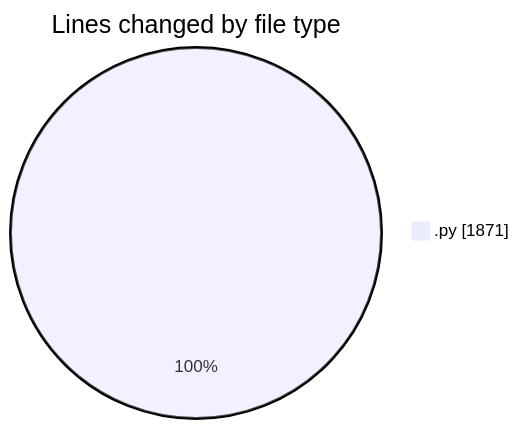
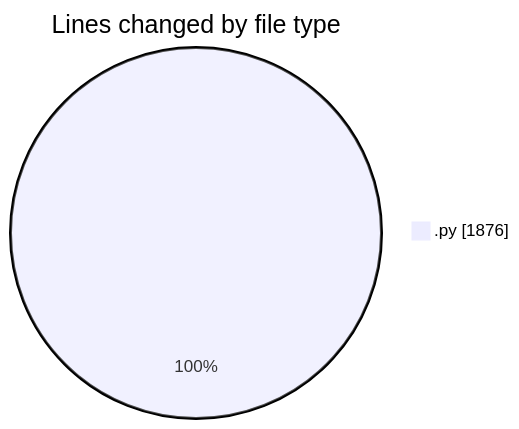
One commit to julien-gomy/code-tracking changed the first of 2 diagrams in 2025-10-14/eventscop-api-guide__workspace_/README.md. Above: the diagram before and after it, drawn with Mermaid. The commit also changed other lines of this file and 1 other file, not shown here.

````diff
--- a/2025-10-14/eventscop-api-guide__workspace_/README.md
+++ b/2025-10-14/eventscop-api-guide__workspace_/README.md
@@ -22,5 +22,5 @@
 ```mermaid
 pie showData
 title Lines changed by file type
-".py" : 1871
+".py" : 1876
 ```
````
